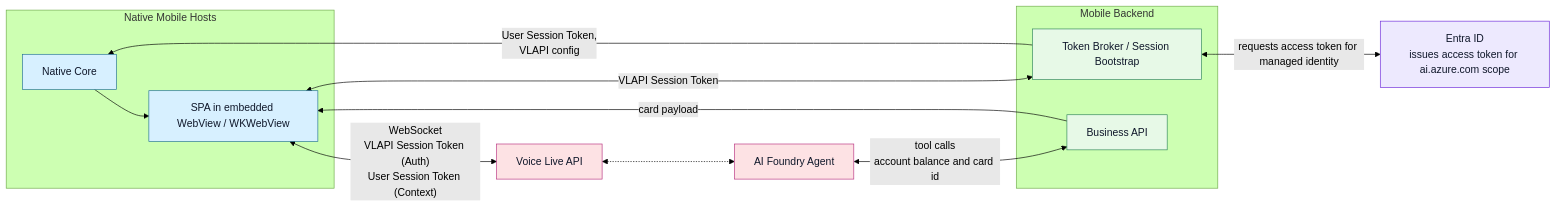
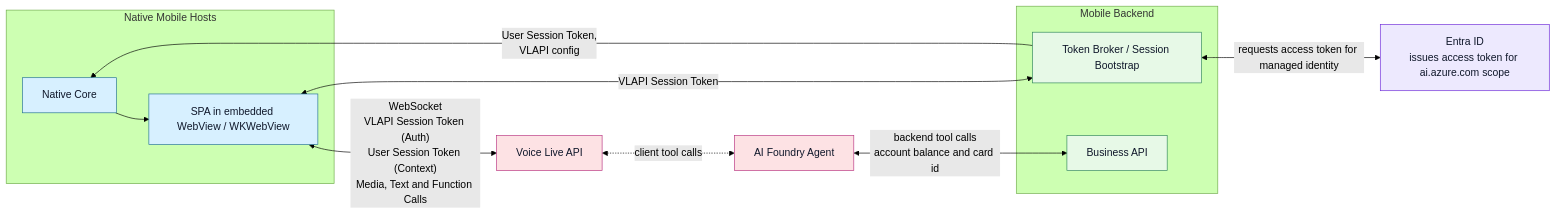
The first of 3 diagrams in voice-live-on-mobile/README.md (DerPate2010/voicelive-samples), drawn with Mermaid (forest theme) before and after one commit. The commit also changed other lines of this file and 1 other file, not shown here.

````diff
--- a/voice-live-on-mobile/README.md
+++ b/voice-live-on-mobile/README.md
@@ -13,44 +13,42 @@
 ```mermaid
 flowchart LR
 	subgraph NativeHosts[Native Mobile Hosts]
 		AppCore[Native Core]
 		MobileWebViewHost[SPA in embedded WebView / WKWebView]
 	end
 
 	VLAPI[Voice Live API]
 	FoundryAgent[AI Foundry Agent]
 
 	subgraph MobileBackendHost[Mobile Backend]
 		TokenBroker[Token Broker / Session Bootstrap]
 		BusinessTools[Business API]
 	end
 	
     EntraID[Entra ID<br>issues access token for ai.azure.com scope]
 
 	MobileWebViewHost <-->|VLAPI Session Token| TokenBroker
 
 	TokenBroker <-->|requests access token for managed identity| EntraID
 
-	MobileWebViewHost <-->|"WebSocket<br>VLAPI Session Token (Auth)<br>User Session Token (Context)"| VLAPI
-	VLAPI <-.-> FoundryAgent
+	MobileWebViewHost <-->|"WebSocket<br>VLAPI Session Token (Auth)<br>User Session Token (Context)<br>Media, Text and Function Calls"| VLAPI
+	VLAPI <-.->|"client tool calls"| FoundryAgent
 
-	FoundryAgent <-->|"tool calls<br>account balance and card id"| BusinessTools
-
-	BusinessTools -->|"card payload"| MobileWebViewHost
+	FoundryAgent <-->|"backend tool calls<br>account balance and card id"| BusinessTools
 
 	TokenBroker -->|User Session Token,<br>VLAPI config| AppCore
 	AppCore --> MobileWebViewHost
 
 	classDef host fill:#d7f0ff,stroke:#227093,color:#0f172a;
 	classDef web fill:#fff4cc,stroke:#a16207,color:#111827;
 	classDef api fill:#e7f9e7,stroke:#2f855a,color:#0f172a;
 	classDef ai fill:#fde2e4,stroke:#b83280,color:#0f172a;
 	classDef identity fill:#ede9fe,stroke:#6d28d9,color:#0f172a;
 
 	class MobileWebViewHost host;
 	class AppCore host;
 	class SPA web;
 	class TokenBroker,BusinessTools api;
 	class VLAPI,FoundryAgent ai;
 	class EntraID identity;
 ```
````
